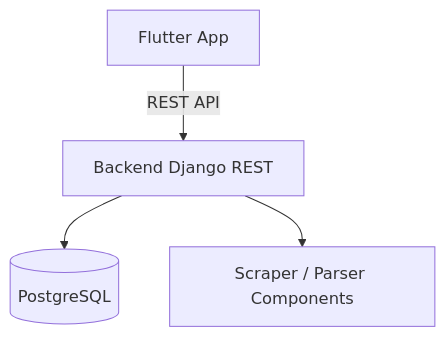
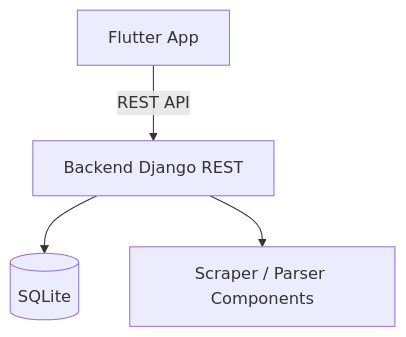
The fifth of 7 diagrams in README.md (sofmjn/pc_builder_app), drawn with Mermaid before and after one commit. The commit also changed other lines of this file, not shown here.

````diff
--- a/README.md
+++ b/README.md
@@ -113,14 +113,14 @@
 ```mermaid
 %%{init: {'theme': 'default'}}%%
 graph TB
     MobileApp[Flutter App]
     API[Backend Django REST]
-    DB[(PostgreSQL)]
+    DB[(SQLite)]
     Scraper[Scraper / Parser Components]
 
     MobileApp -->|REST API| API
     API --> DB
     API --> Scraper
 
 
 ```
````
